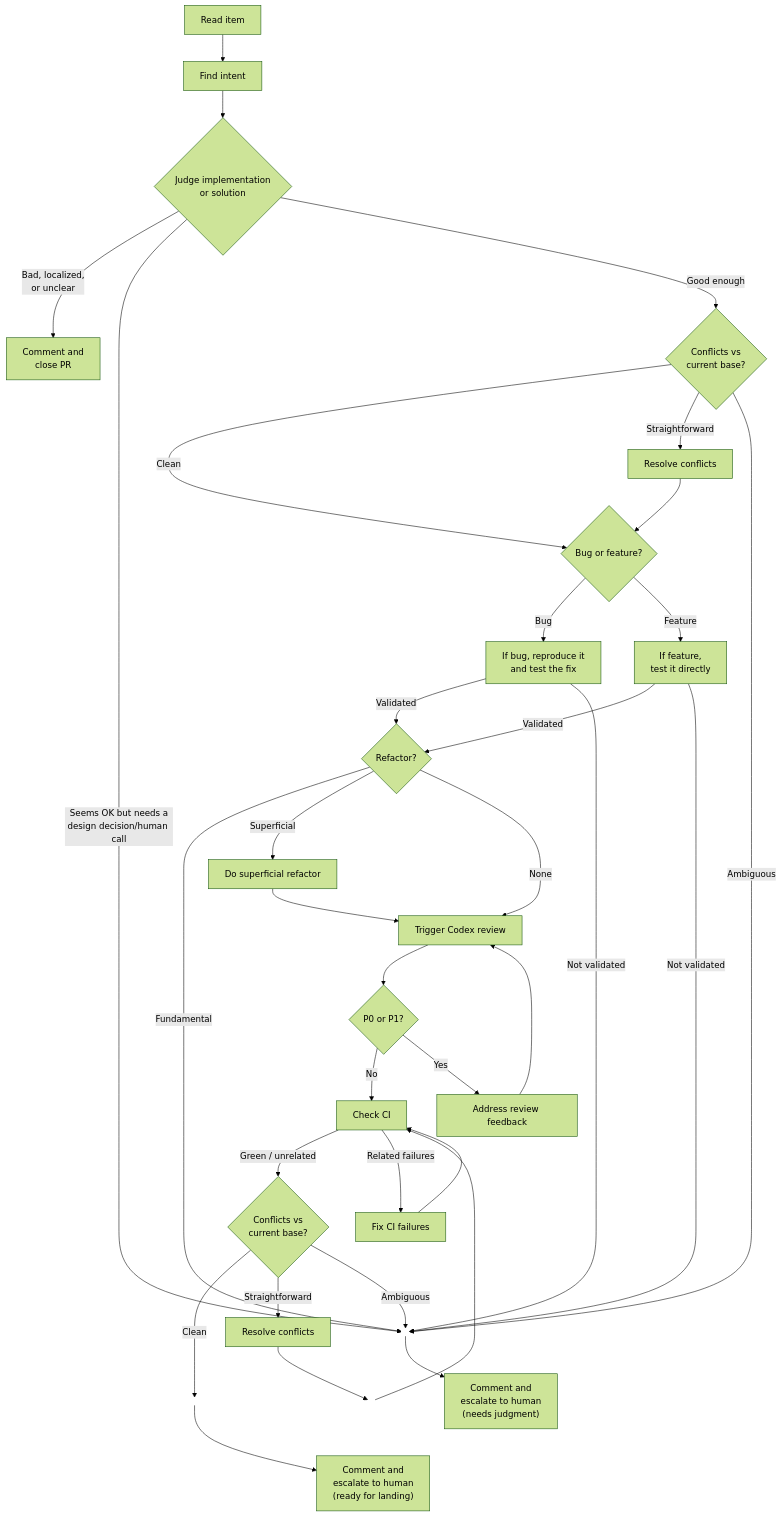
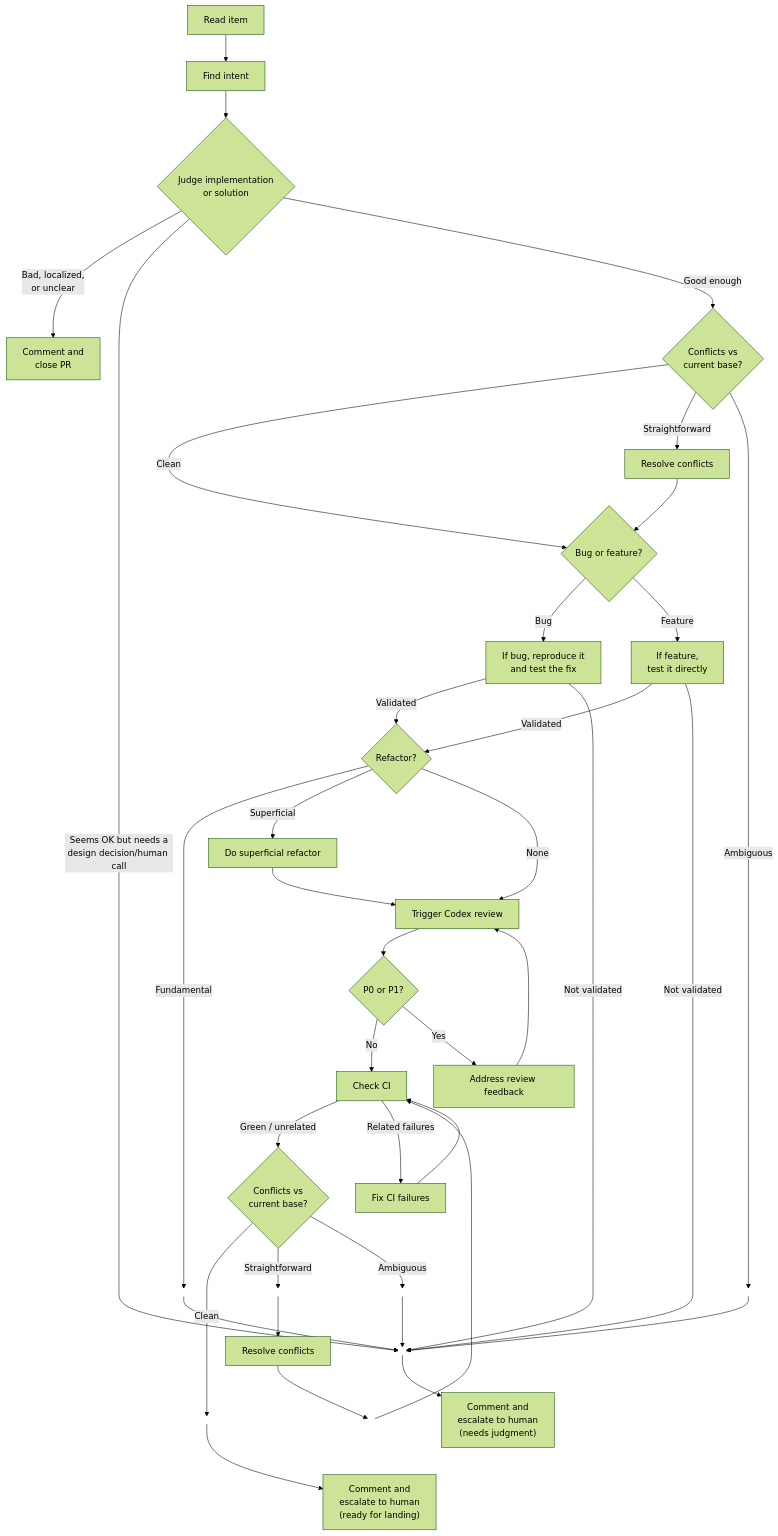
The diagram in examples/flows/pr-triage/README.md (openclaw/acpx), drawn with Mermaid (forest theme) before and after one commit.

Commit message:
docs: restore preferred pr triage flowchart layout

````diff
--- a/examples/flows/pr-triage/README.md
+++ b/examples/flows/pr-triage/README.md
@@ -5,49 +5,57 @@
 ```mermaid
 flowchart TD
     classDef hidden fill:none,stroke:none,color:none,stroke-width:0px;
     A[Read item] --> B[Find intent]
     B --> C{"Judge implementation<br/>or solution"}
-    LeftRail(( ))
-    RightRail(( ))
-    BackRail(( ))
-    class LeftRail,RightRail,BackRail hidden
+    Y(( ))
+    YC(( ))
+    YF(( ))
+    QL(( ))
+    QC(( ))
+    QR(( ))
+    BACK(( ))
+    class Y,YC,YF,QL,QC,QR,BACK hidden
 
     C -->|"Bad, localized,<br/>or unclear"| D[Comment and<br/>close PR]
-    C -->|"Seems OK but needs a<br/>design decision/human call"| LeftRail
+    C -->|"Seems OK but needs a<br/>design decision/human call"| Y
     C -->|Good enough| M{"Conflicts vs<br/>current base?"}
 
     M -->|Clean| V{Bug or feature?}
     M -->|Straightforward| O[Resolve conflicts]
     O --> V
-    M -->|Ambiguous| LeftRail
+    M -->|Ambiguous| YC
+    YC --> Y
 
     V -->|Bug| P[If bug, reproduce it<br/>and test the fix]
     V -->|Feature| T[If feature,<br/>test it directly]
 
     P -->|Validated| F{Refactor?}
     T -->|Validated| F
-    P -->|"Not validated"| LeftRail
-    T -->|"Not validated"| LeftRail
+    P -->|"Not validated"| Y
+    T -->|"Not validated"| Y
 
-    F -->|Fundamental| LeftRail
+    F -->|Fundamental| YF
+    YF --> Y
     F -->|Superficial| R[Do superficial refactor]
     F -->|None| G[Trigger Codex review]
     R --> G
 
     G --> H{P0 or P1?}
     H -->|No| J[Check CI]
     H -->|Yes| I[Address review feedback]
     I --> G
     J -->|Green / unrelated| Q{"Conflicts vs<br/>current base?"}
     J -->|Related failures| L[Fix CI failures]
     L --> J
 
-    Q -->|Clean| RightRail
-    Q -->|Straightforward| U[Resolve conflicts]
-    U --> BackRail
-    BackRail --> J
-    Q -->|Ambiguous| LeftRail
-    LeftRail --> E["Comment and<br/>escalate to human<br/>(needs judgment)"]
-    RightRail --> W["Comment and<br/>escalate to human<br/>(ready for landing)"]
+    Q -->|Clean| QL
+    QL --> W["Comment and<br/>escalate to human<br/>(ready for landing)"]
+    Q -->|Straightforward| QC
+    QC --> U[Resolve conflicts]
+    U --> BACK
+    BACK --> J
+    Q -->|Ambiguous| QR
+    QR --> Y
+    Y --> E["Comment and<br/>escalate to human<br/>(needs judgment)"]
     E ~~~ W
 ```
````
